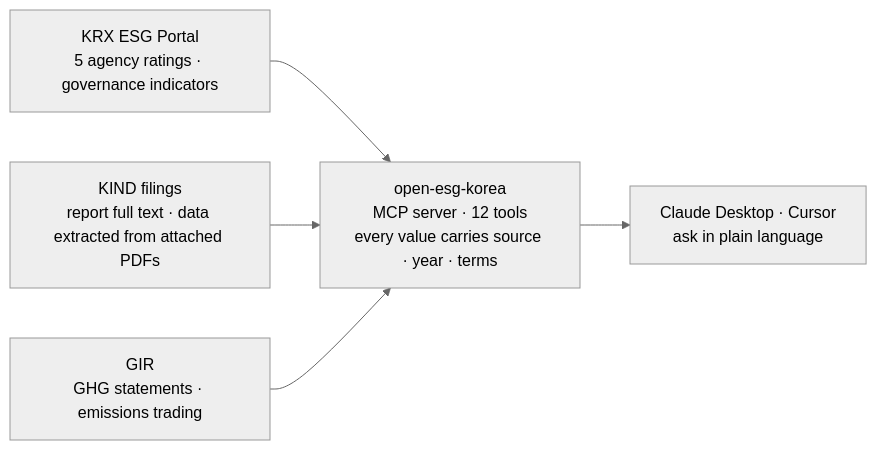
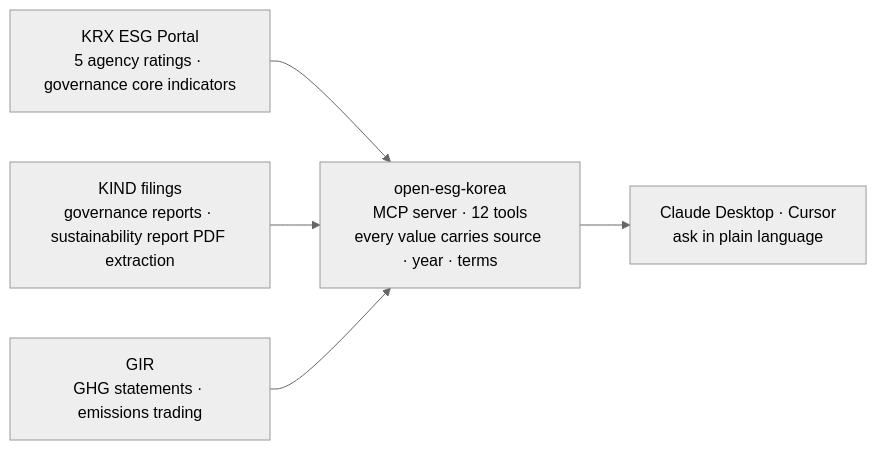
Before and after one commit to MarcoYou/open-esg-korea: the diagram in README_ENG.md, drawn with Mermaid (neutral theme).

Commit message:
docs(README_ENG): 흐름도를 한글본에 맞춘다 (#25)
한글본이 1e8c599·6bb3416 에서 「지배구조 핵심지표」·「지배구조보고서 · 지속가능경영보고서
PDF 데이터 추출」로 다듬어졌다. 영문본만 옛 문구로 남아 두 문서가 갈렸다.

````diff
--- a/README_ENG.md
+++ b/README_ENG.md
@@ -38,7 +38,7 @@
 ```mermaid
 flowchart LR
-    A["KRX ESG Portal<br/>5 agency ratings · governance indicators"] --> S
-    B["KIND filings<br/>report full text · data extracted from attached PDFs"] --> S
+    A["KRX ESG Portal<br/>5 agency ratings · governance core indicators"] --> S
+    B["KIND filings<br/>governance reports · sustainability report PDF extraction"] --> S
     C["GIR<br/>GHG statements · emissions trading"] --> S
     S["open-esg-korea<br/>MCP server · 12 tools<br/>every value carries source · year · terms"] --> D["Claude Desktop · Cursor<br/>ask in plain language"]
 ```
````
